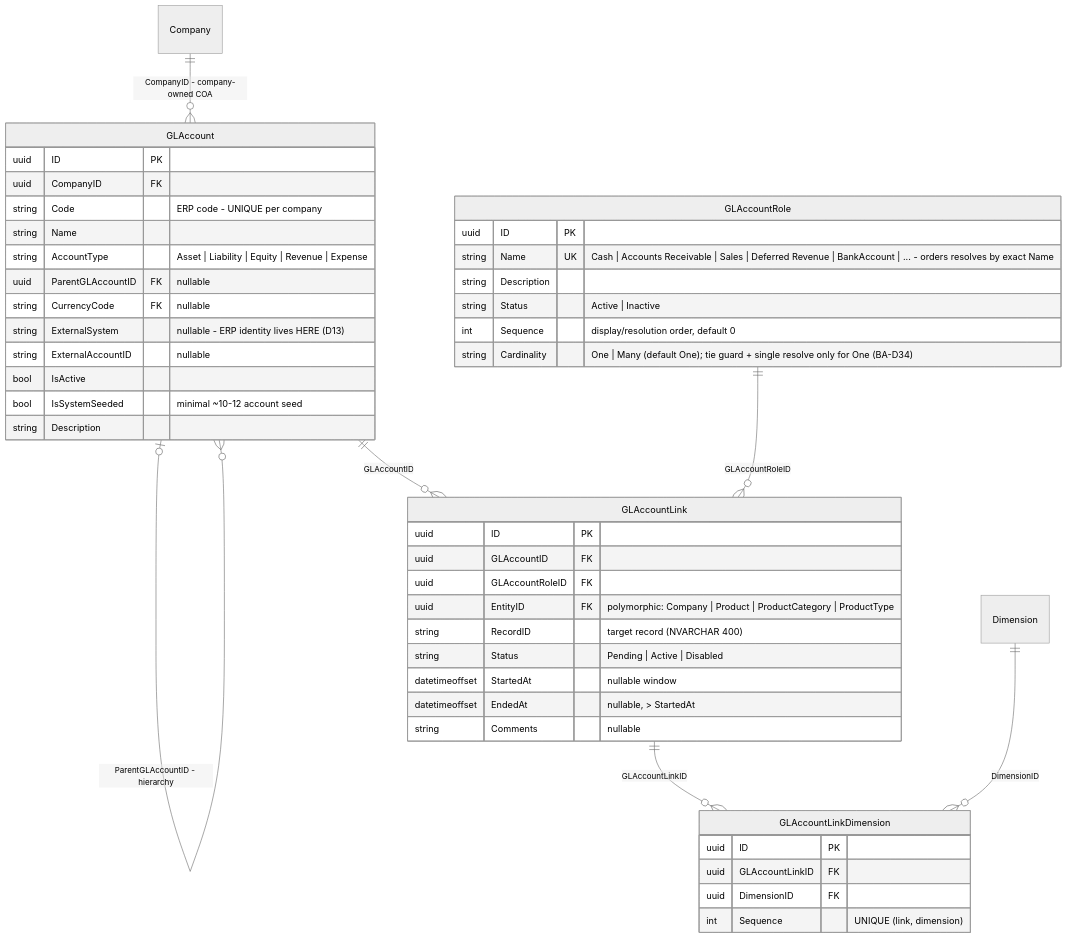
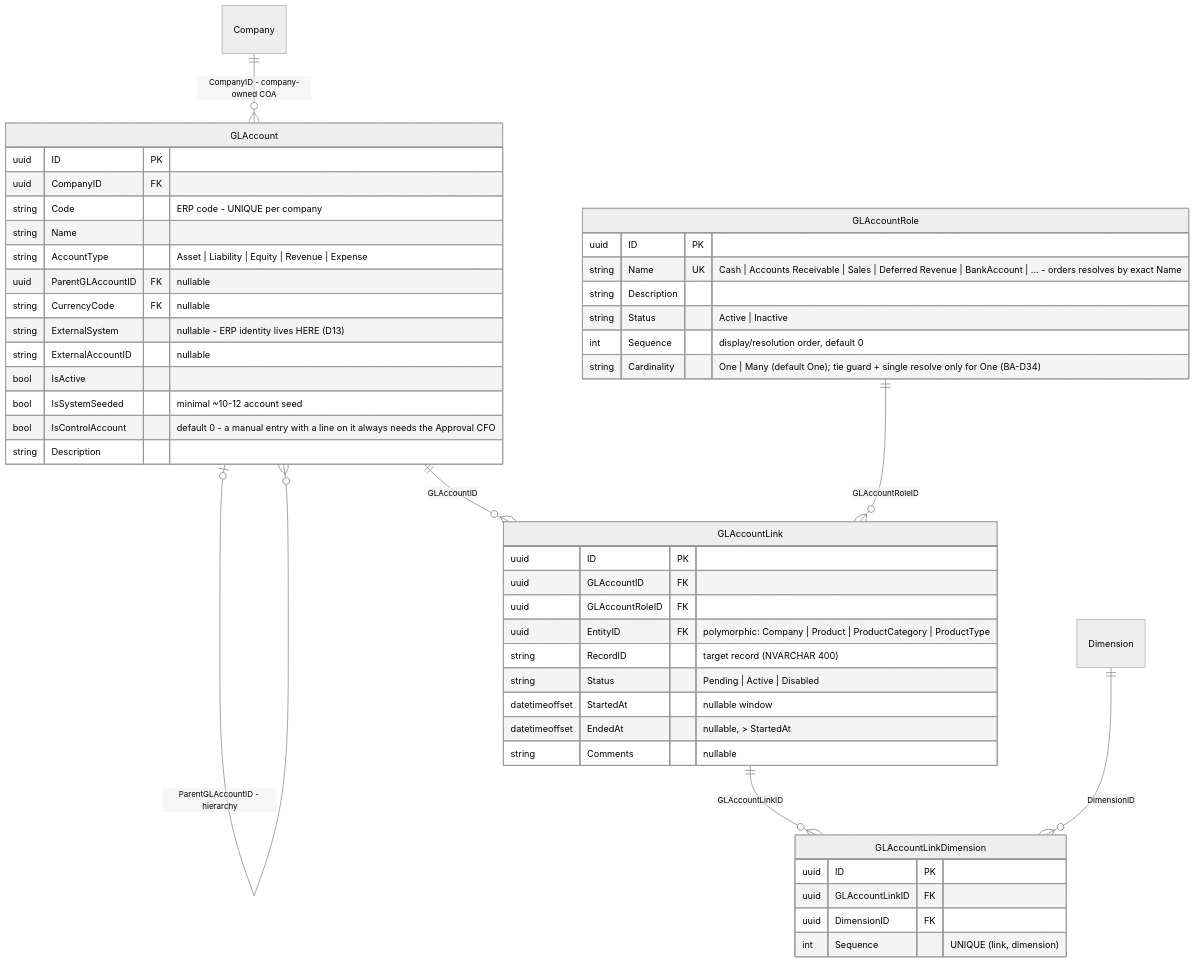
One commit to MemberJunction/bizapps-accounting changed the fourth of 14 diagrams in docs/bizapps-accounting-erd.md. Above: the diagram before and after it, drawn with Mermaid (neutral theme). The commit also changed other lines of this file and 23 other files, not shown here.

````diff
--- a/docs/bizapps-accounting-erd.md
+++ b/docs/bizapps-accounting-erd.md
@@ -608,49 +631,50 @@
 ```mermaid
 erDiagram
     Company ||--o{ GLAccount : "CompanyID - company-owned COA"
     GLAccount |o--o{ GLAccount : "ParentGLAccountID - hierarchy"
     GLAccount ||--o{ GLAccountLink : "GLAccountID"
     GLAccountRole ||--o{ GLAccountLink : "GLAccountRoleID"
     GLAccountLink ||--o{ GLAccountLinkDimension : "GLAccountLinkID"
     Dimension ||--o{ GLAccountLinkDimension : "DimensionID"
 
     GLAccount {
         uuid ID PK
         uuid CompanyID FK
         string Code "ERP code - UNIQUE per company"
         string Name
         string AccountType "Asset | Liability | Equity | Revenue | Expense"
         uuid ParentGLAccountID FK "nullable"
         string CurrencyCode FK "nullable"
         string ExternalSystem "nullable - ERP identity lives HERE (D13)"
         string ExternalAccountID "nullable"
         bool IsActive
         bool IsSystemSeeded "minimal ~10-12 account seed"
+        bool IsControlAccount "default 0 - a manual entry with a line on it always needs the Approval CFO"
         string Description
     }
     GLAccountRole {
         uuid ID PK
         string Name UK "Cash | Accounts Receivable | Sales | Deferred Revenue | BankAccount | ... - orders resolves by exact Name"
         string Description
         string Status "Active | Inactive"
         int Sequence "display/resolution order, default 0"
         string Cardinality "One | Many (default One); tie guard + single resolve only for One (BA-D34)"
     }
     GLAccountLink {
         uuid ID PK
         uuid GLAccountID FK
         uuid GLAccountRoleID FK
         uuid EntityID FK "polymorphic: Company | Product | ProductCategory | ProductType"
         string RecordID "target record (NVARCHAR 400)"
         string Status "Pending | Active | Disabled"
         datetimeoffset StartedAt "nullable window"
         datetimeoffset EndedAt "nullable, > StartedAt"
         string Comments "nullable"
     }
     GLAccountLinkDimension {
         uuid ID PK
         uuid GLAccountLinkID FK
         uuid DimensionID FK
         int Sequence "UNIQUE (link, dimension)"
     }
 ```
````
